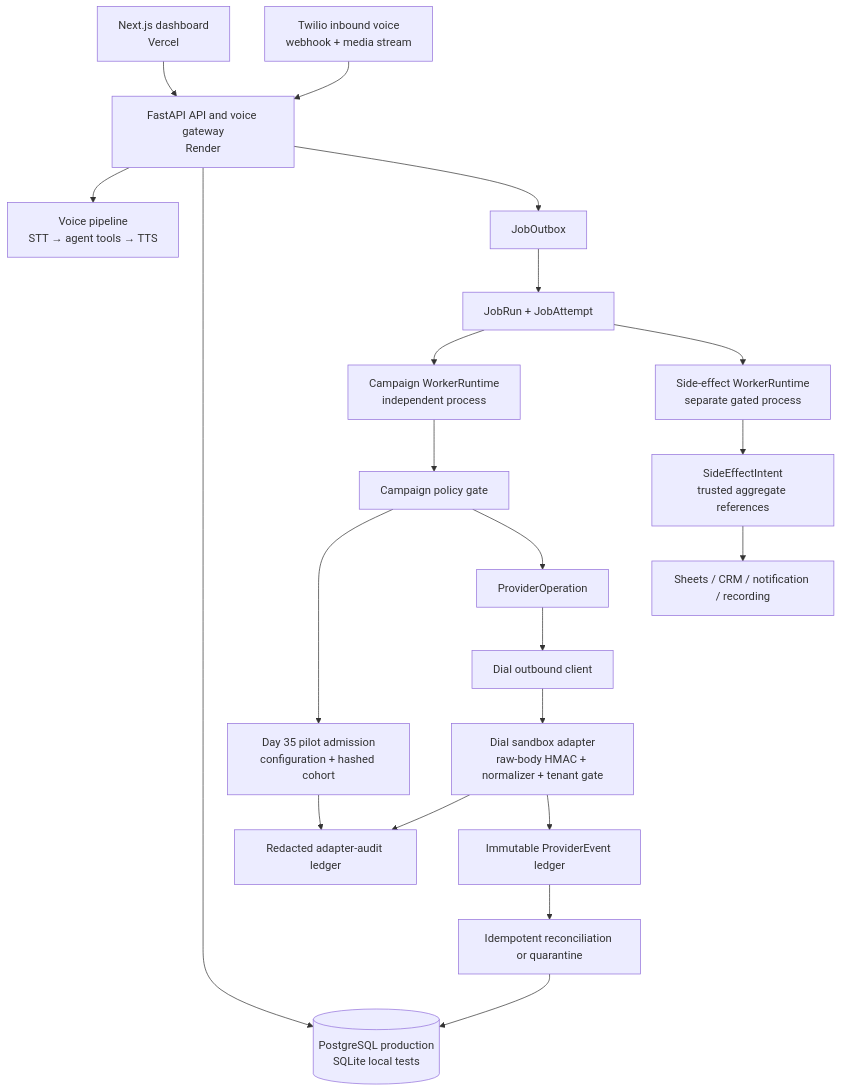
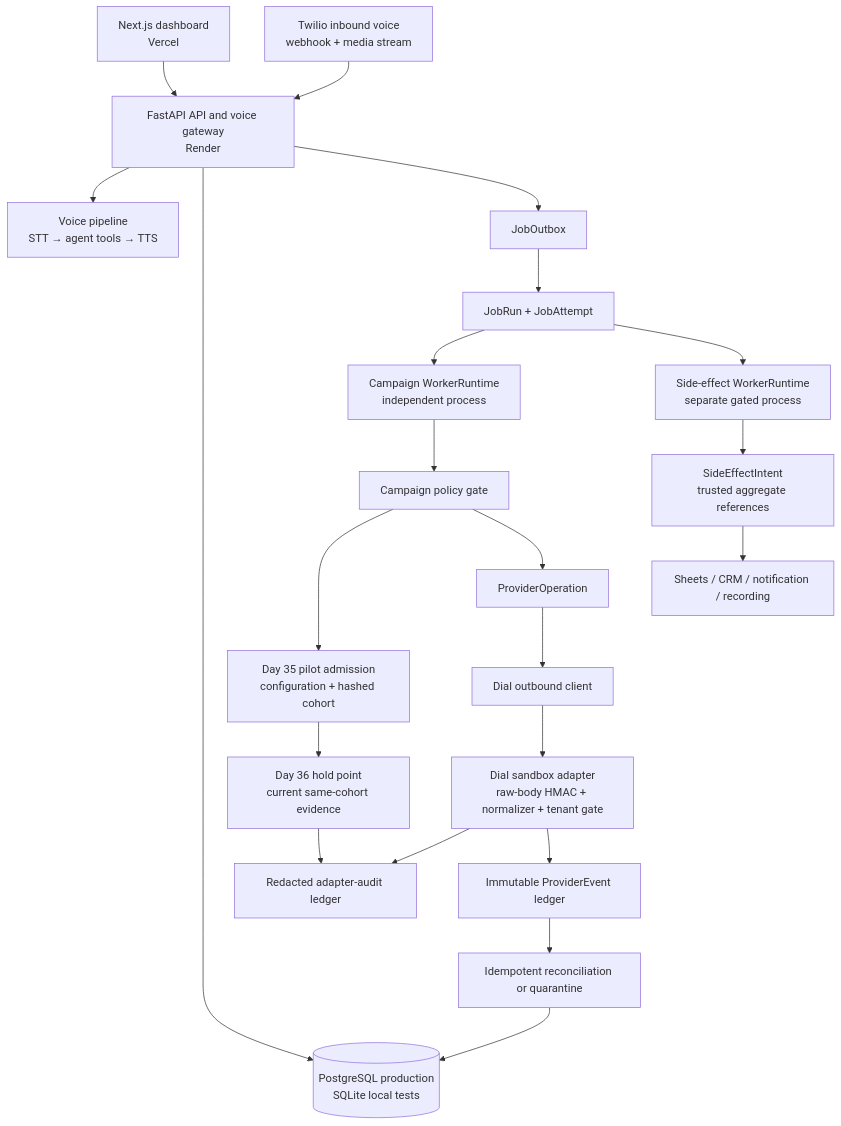
Before and after one commit to jeevesh2515/voxflow-voice-agent: the first of 2 diagrams in ARCHITECTURE.md, drawn with Mermaid. The commit also changed other lines of this file and 22 other files, not shown here.

Commit message:
feat: add pilot operations evidence controls

````diff
--- a/ARCHITECTURE.md
+++ b/ARCHITECTURE.md
@@ -11,23 +11,24 @@
 ```mermaid
 flowchart TB
     Browser[Next.js dashboard\nVercel] --> API
     Twilio[Twilio inbound voice\nwebhook + media stream] --> API[FastAPI API and voice gateway\nRender]
     API --> Voice[Voice pipeline\nSTT → agent tools → TTS]
     API --> DB[(PostgreSQL production\nSQLite local tests)]
     API --> Outbox[JobOutbox]
     Outbox --> Ledger[JobRun + JobAttempt]
     Ledger --> Worker[Campaign WorkerRuntime\nindependent process]
     Worker --> Gate[Campaign policy gate]
     Gate --> Pilot[Day 35 pilot admission\nconfiguration + hashed cohort]
-    Pilot --> Audit[CampaignPolicyDecision]
+    Pilot --> Hold[Day 36 hold point\ncurrent same-cohort evidence]
+    Hold --> Audit[CampaignPolicyDecision]
     Gate --> ProviderOp[ProviderOperation]
     Ledger --> SideWorker[Side-effect WorkerRuntime\nseparate gated process]
     SideWorker --> Intent[SideEffectIntent\ntrusted aggregate references]
     Intent --> Integrations[Sheets / CRM / notification / recording]
     ProviderOp --> Dial[Dial outbound client]
     Dial --> Callback[Dial sandbox adapter\nraw-body HMAC + normalizer + tenant gate]
     Callback --> Audit[Redacted adapter-audit ledger]
     Callback --> Events[Immutable ProviderEvent ledger]
     Events --> Recon[Idempotent reconciliation or quarantine]
     Recon --> DB
 ```
````
